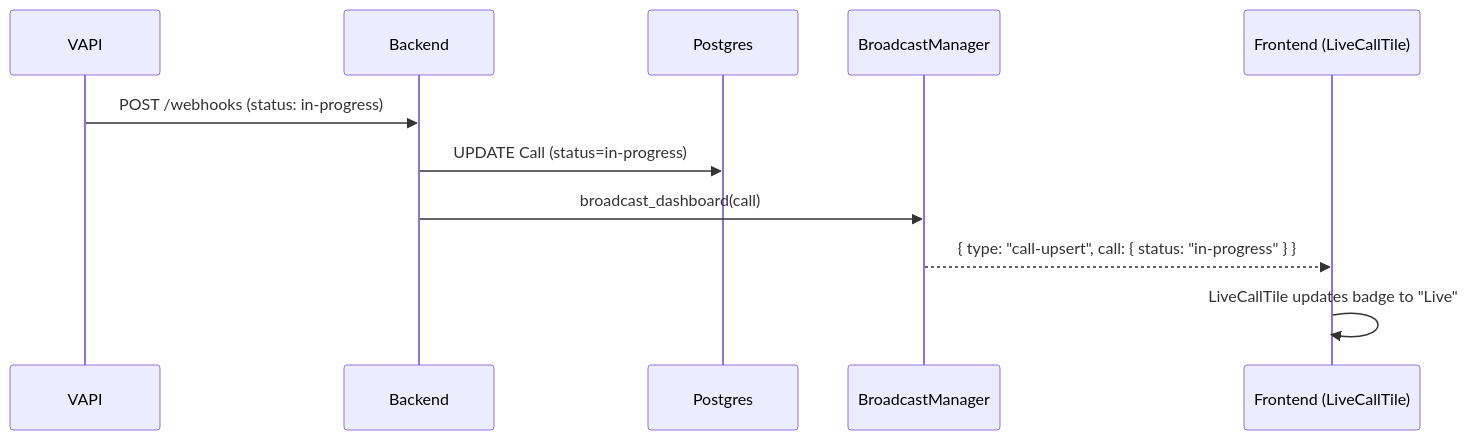
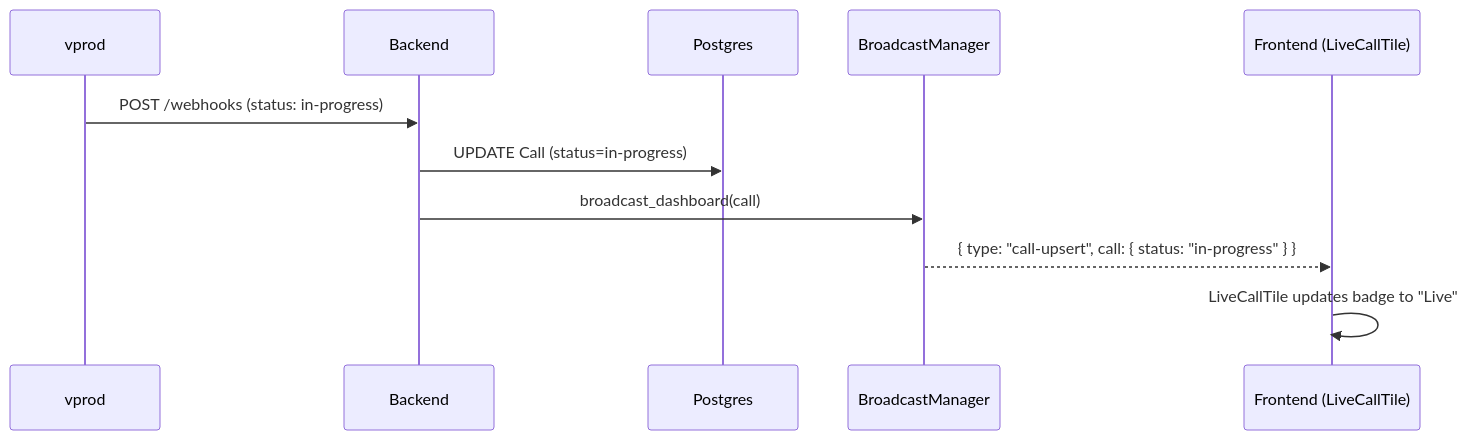
Before and after one commit to ronaks2309/fe-inbound-panel: the fifth of 9 diagrams in architecture-diagrams.md, drawn with Mermaid. The commit also changed other lines of this file and 3 other files, not shown here.

````diff
--- a/architecture-diagrams.md
+++ b/architecture-diagrams.md
@@ -91,14 +91,14 @@
 ```mermaid
 sequenceDiagram
-    participant V as VAPI
+    participant V as vprod
     participant BE as Backend
     participant DB as Postgres
     participant WM as BroadcastManager
     participant FE as Frontend (LiveCallTile)
 
     V->>BE: POST /webhooks (status: in-progress)
     BE->>DB: UPDATE Call (status=in-progress)
     BE->>WM: broadcast_dashboard(call)
     WM-->>FE: { type: "call-upsert", call: { status: "in-progress" } }
     FE->>FE: LiveCallTile updates badge to "Live"
 ```
````
